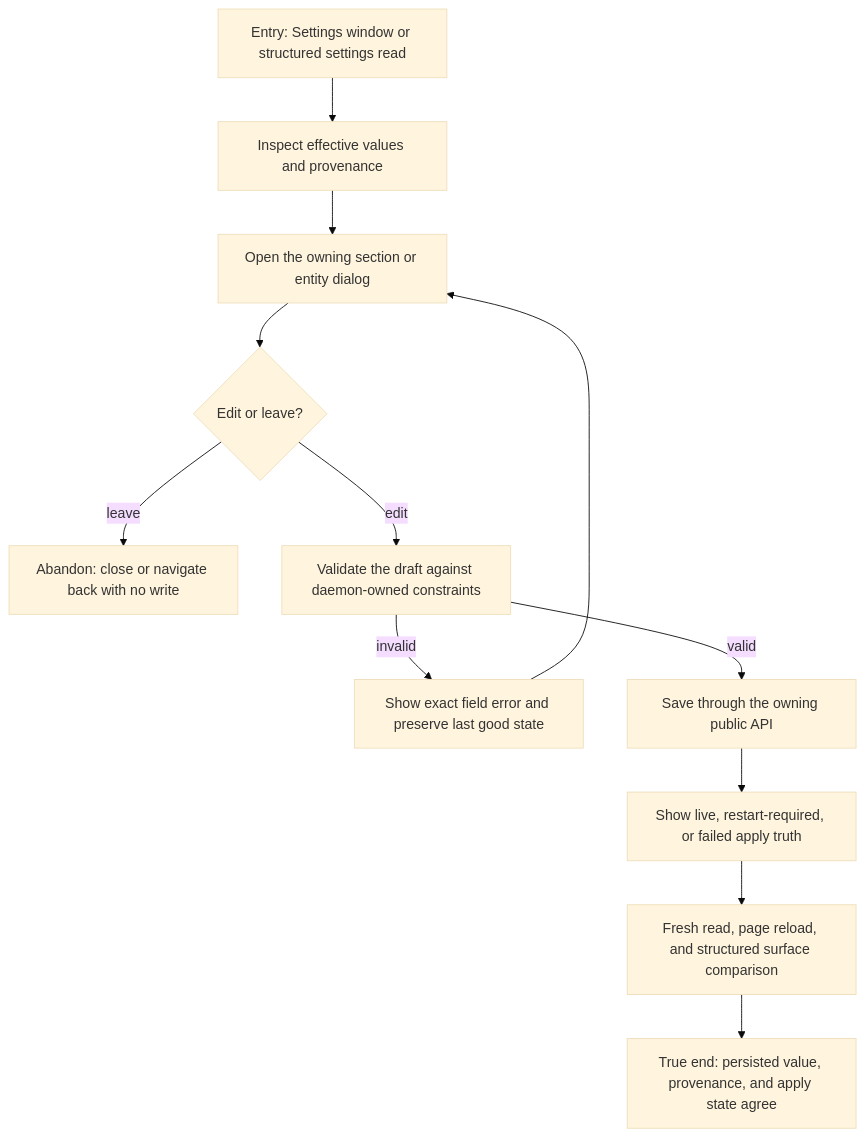
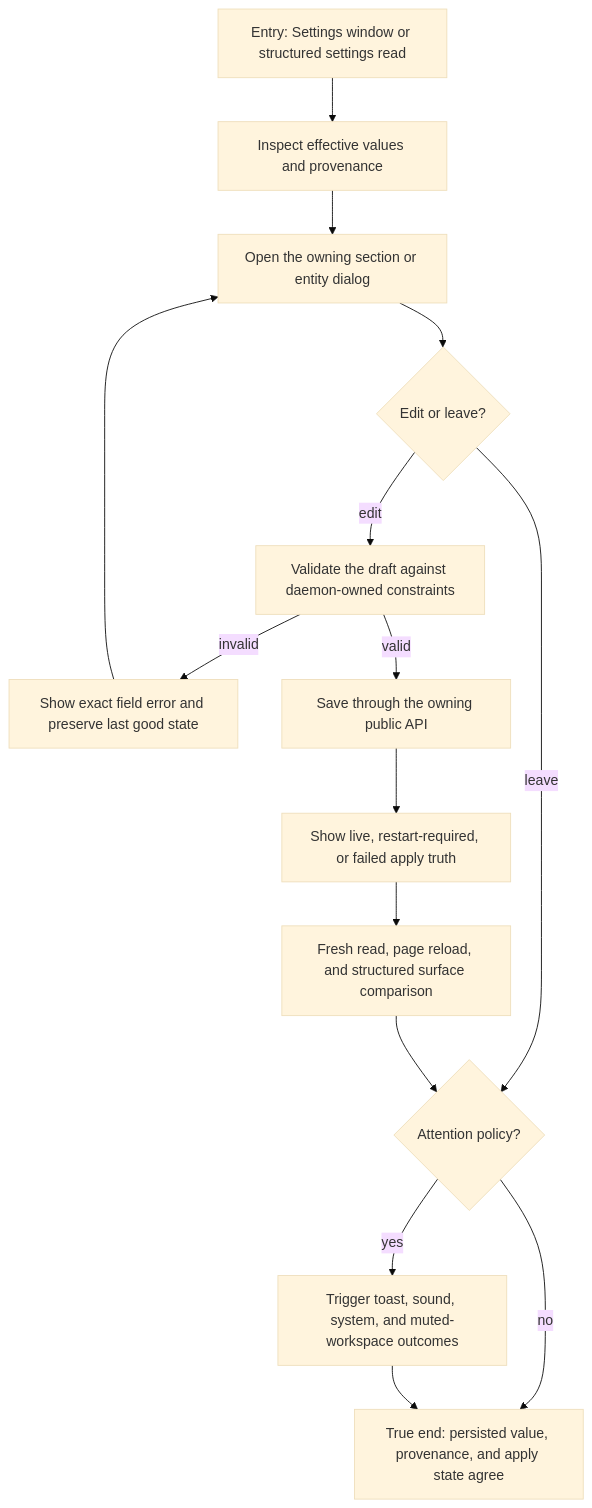
One commit to compozy/compozy changed the diagram in docs/qa/journeys/J-administer-runtime-settings.md. Above: the diagram before and after it, drawn with Mermaid (base theme). The commit also changed other lines of this file and 28 other files, not shown here.

````diff
--- a/docs/qa/journeys/J-administer-runtime-settings.md
+++ b/docs/qa/journeys/J-administer-runtime-settings.md
@@ -7,14 +7,17 @@
 ```mermaid
 flowchart TD
     E[Entry: Settings window or structured settings read] --> I[Inspect effective values and provenance]
     I --> D[Open the owning section or entity dialog]
     D --> X{Edit or leave?}
     X -->|leave| A[Abandon: close or navigate back with no write]
     X -->|edit| V[Validate the draft against daemon-owned constraints]
     V -->|invalid| R[Show exact field error and preserve last good state]
     R --> D
     V -->|valid| S[Save through the owning public API]
     S --> P[Show live, restart-required, or failed apply truth]
     P --> F[Fresh read, page reload, and structured surface comparison]
-    F --> Z[True end: persisted value, provenance, and apply state agree]
+    F --> A{Attention policy?}
+    A -->|yes| C[Trigger toast, sound, system, and muted-workspace outcomes]
+    A -->|no| Z[True end: persisted value, provenance, and apply state agree]
+    C --> Z
 ```
````
